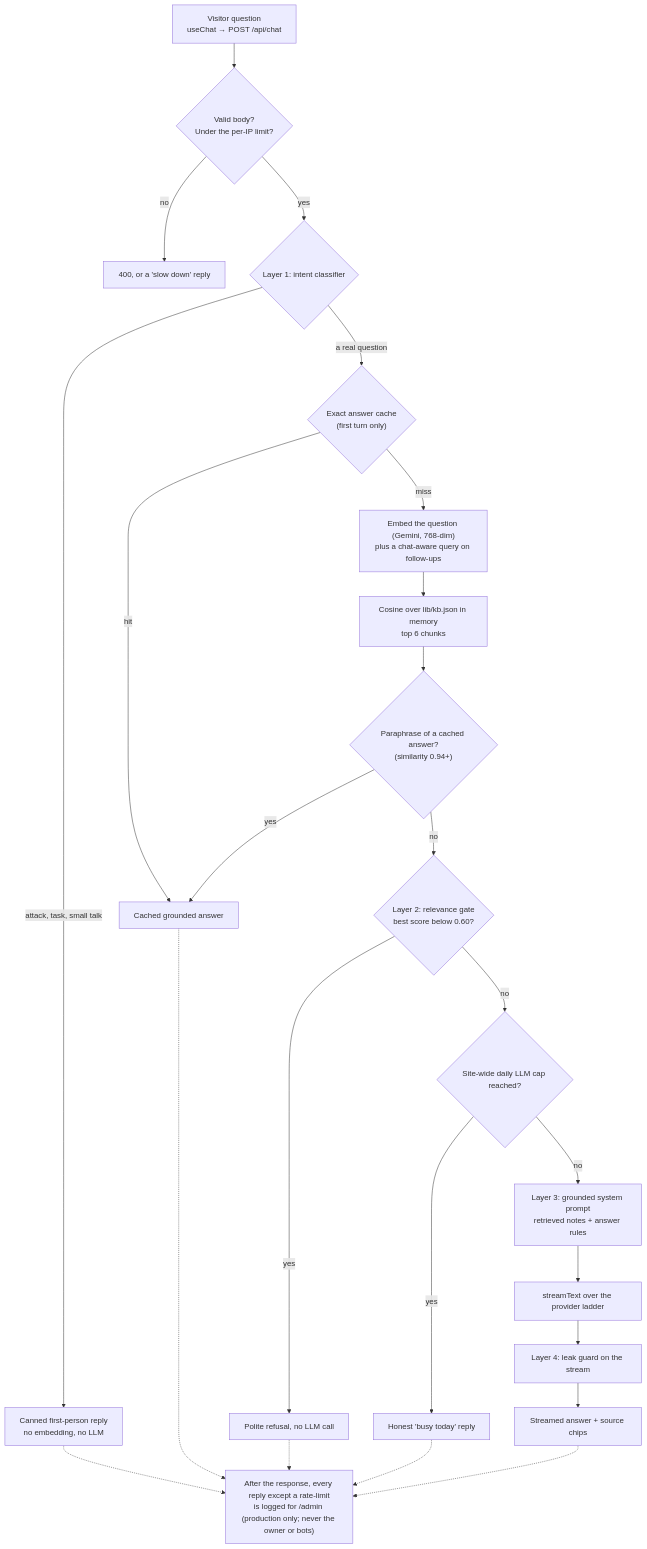
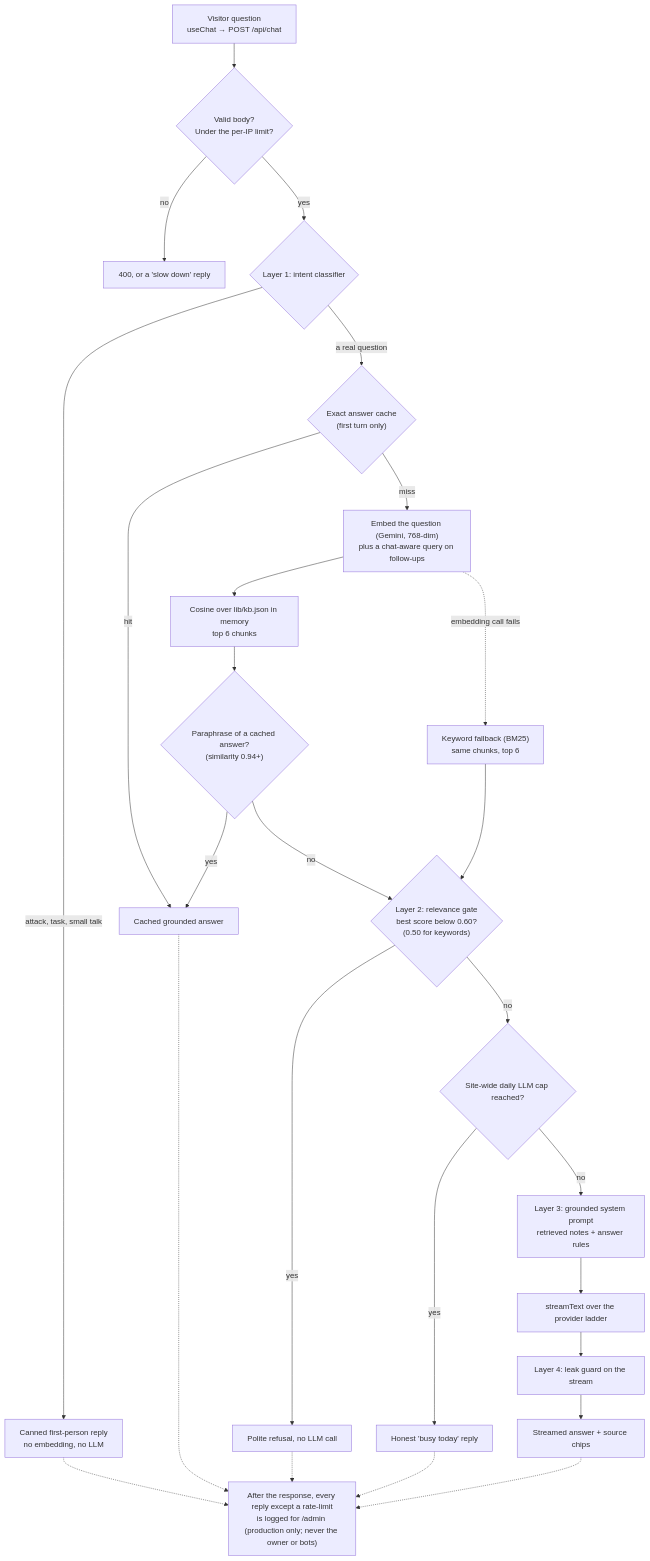
The diagram in README.md (Sina-Amare/ai-portfolio), drawn with Mermaid before and after one commit. The commit also changed other lines of this file and 4 other files, not shown here.

First line of the commit message:
docs: keyword fallback in README, analytics, yagni, learning and progress

````diff
--- a/README.md
+++ b/README.md
@@ -98,22 +98,24 @@
 ```mermaid
 flowchart TD
   Q["Visitor question<br/>useChat → POST /api/chat"] --> V{"Valid body?<br/>Under the per-IP limit?"}
   V -->|no| E400["400, or a 'slow down' reply"]
   V -->|yes| L1{"Layer 1: intent classifier"}
   L1 -->|attack, task, small talk| C1["Canned first-person reply<br/>no embedding, no LLM"]
   L1 -->|a real question| AC{"Exact answer cache<br/>(first turn only)"}
   AC -->|hit| C2["Cached grounded answer"]
   AC -->|miss| EMB["Embed the question (Gemini, 768-dim)<br/>plus a chat-aware query on follow-ups"]
   EMB --> RET["Cosine over lib/kb.json in memory<br/>top 6 chunks"]
+  EMB -.->|embedding call fails| LEX["Keyword fallback (BM25)<br/>same chunks, top 6"]
+  LEX --> L2
   RET --> SC{"Paraphrase of a cached answer?<br/>(similarity 0.94+)"}
   SC -->|yes| C2
-  SC -->|no| L2{"Layer 2: relevance gate<br/>best score below 0.60?"}
+  SC -->|no| L2{"Layer 2: relevance gate<br/>best score below 0.60?<br/>(0.50 for keywords)"}
   L2 -->|yes| C3["Polite refusal, no LLM call"]
   L2 -->|no| CAP{"Site-wide daily LLM cap reached?"}
   CAP -->|yes| C4["Honest 'busy today' reply"]
   CAP -->|no| L3["Layer 3: grounded system prompt<br/>retrieved notes + answer rules"]
   L3 --> LAD["streamText over the provider ladder"]
   LAD --> L4["Layer 4: leak guard on the stream"]
   L4 --> OUT["Streamed answer + source chips"]
   C1 & C2 & C3 & C4 & OUT -.-> LOG["After the response, every reply except a rate-limit<br/>is logged for /admin (production only; never the owner or bots)"]
 ```
````
